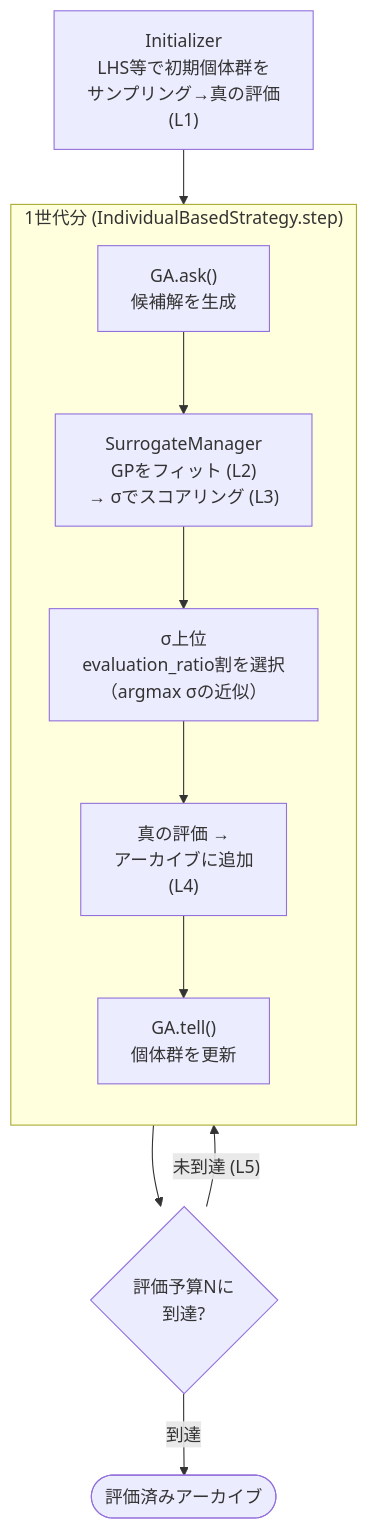
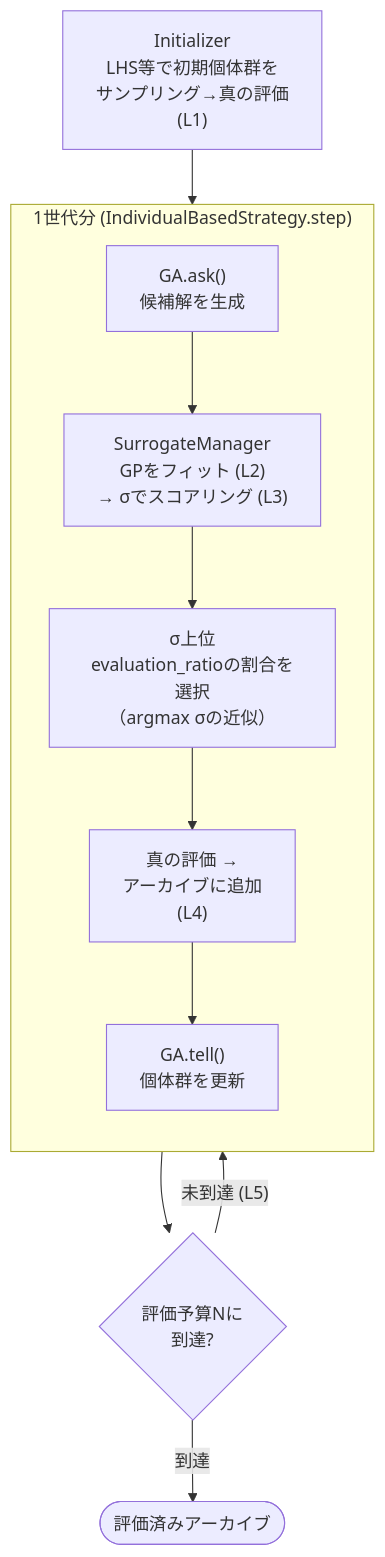
Before and after one commit to shlka/saealib: the diagram in docs/algorithms/maxunc.md, drawn with Mermaid. The commit also changed 9 other files, not shown here.

````diff
--- a/docs/algorithms/maxunc.md
+++ b/docs/algorithms/maxunc.md
@@ -85,14 +85,14 @@
 ```{mermaid}
 flowchart TD
     INIT["Initializer<br/>LHS等で初期個体群を<br/>サンプリング→真の評価<br/>(L1)"] --> ASK
     subgraph GEN["1世代分 (IndividualBasedStrategy.step)"]
         direction TB
         ASK["GA.ask()<br/>候補解を生成"] --> SCORE["SurrogateManager<br/>GPをフィット (L2)<br/>→ σでスコアリング (L3)"]
-        SCORE --> SORT["σ上位<br/>evaluation_ratio割を選択<br/>（argmax σの近似）"]
+        SCORE --> SORT["σ上位<br/>evaluation_ratioの割合を選択<br/>（argmax σの近似）"]
         SORT --> EVAL["真の評価 →<br/>アーカイブに追加<br/>(L4)"]
         EVAL --> TELL["GA.tell()<br/>個体群を更新"]
     end
     GEN --> TERM{"評価予算Nに<br/>到達?"}
     TERM -- "未到達 (L5)" --> ASK
     TERM -- "到達" --> RESULT(["評価済みアーカイブ"])
 ```
````
